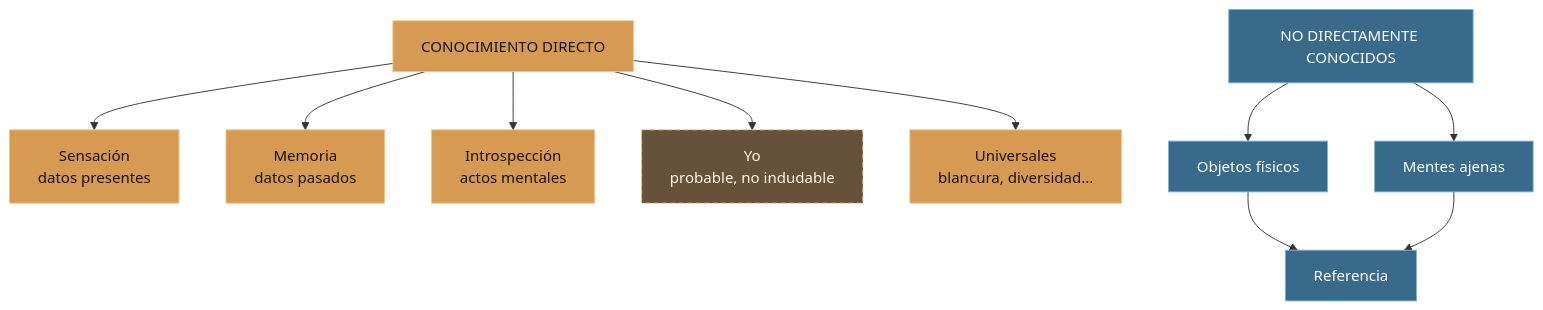
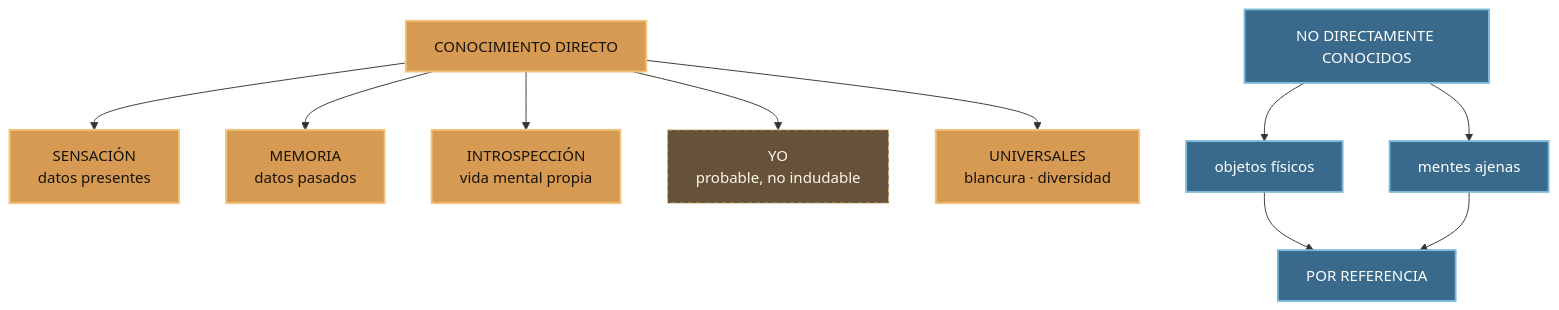
Before and after one commit to stevenvo780/russell-conocimiento-directo: the third of 8 diagrams in Capitulo5.md, drawn with Mermaid. The commit also changed other lines of this file and 10 other files, not shown here.

````diff
--- a/Capitulo5.md
+++ b/Capitulo5.md
@@ -173,22 +327,22 @@
 ```mermaid
 flowchart TB
     D["CONOCIMIENTO DIRECTO"]
-    D --> S["Sensación<br/>datos presentes"]
-    D --> M["Memoria<br/>datos pasados"]
-    D --> I["Introspección<br/>actos mentales"]
-    D --> Y["Yo<br/>probable, no indudable"]
-    D --> U["Universales<br/>blancura, diversidad..."]
+    D --> S["SENSACIÓN<br/>datos presentes"]
+    D --> M["MEMORIA<br/>datos pasados"]
+    D --> I["INTROSPECCIÓN<br/>vida mental propia"]
+    D --> Y["YO<br/>probable, no indudable"]
+    D --> U["UNIVERSALES<br/>blancura · diversidad"]
 
     N["NO DIRECTAMENTE CONOCIDOS"]
-    N --> F["Objetos físicos"]
-    N --> O["Mentes ajenas"]
-    F --> R["Referencia"]
+    N --> F["objetos físicos"]
+    N --> O["mentes ajenas"]
+    F --> R["POR REFERENCIA"]
     O --> R
 
-    classDef direct fill:#d69a52,color:#17130f,stroke:#f2c57c;
-    classDef uncertain fill:#66513a,color:#fff7e8,stroke:#f2c57c,stroke-dasharray:5 4;
-    classDef reference fill:#396a8b,color:#fff,stroke:#79b6d8;
-    class D,S,M,I,U direct;
-    class Y uncertain;
-    class N,F,O,R reference;
+    classDef directo fill:#d69a52,color:#17130f,stroke:#f2c57c,stroke-width:2px;
+    classDef incierto fill:#66513a,color:#fff7e8,stroke:#f2c57c,stroke-dasharray:5 4;
+    classDef referencia fill:#396a8b,color:#fff,stroke:#79b6d8,stroke-width:2px;
+    class D,S,M,I,U directo;
+    class Y incierto;
+    class N,F,O,R referencia;
 ```
````
